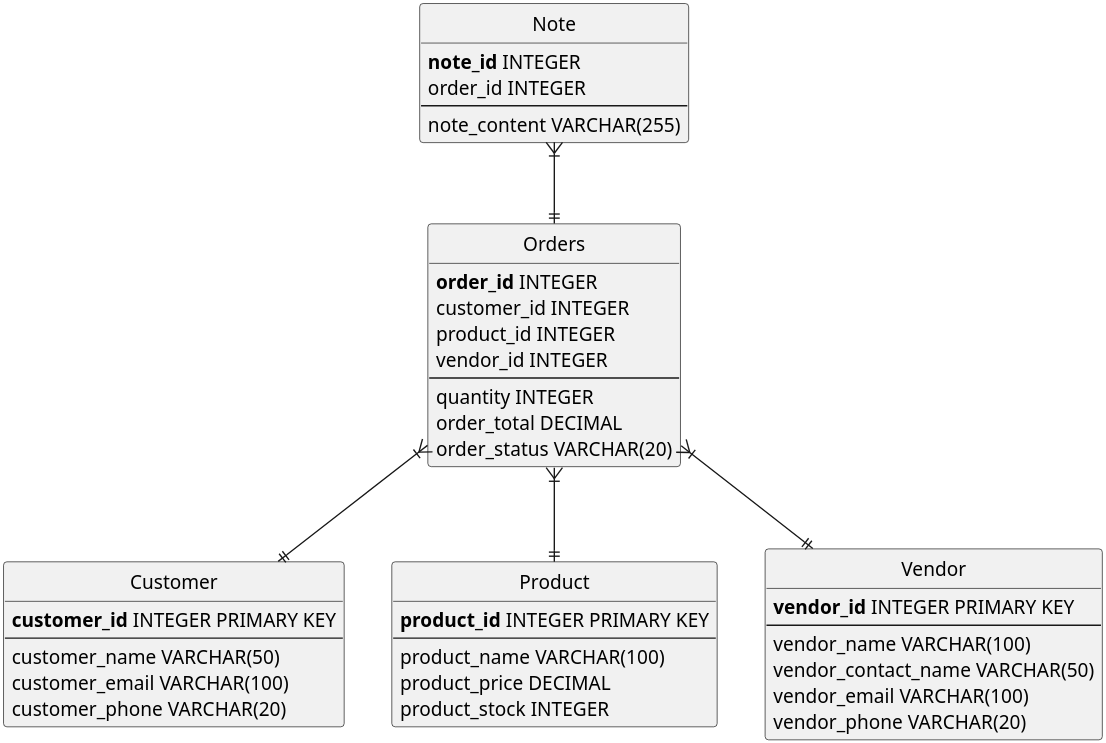
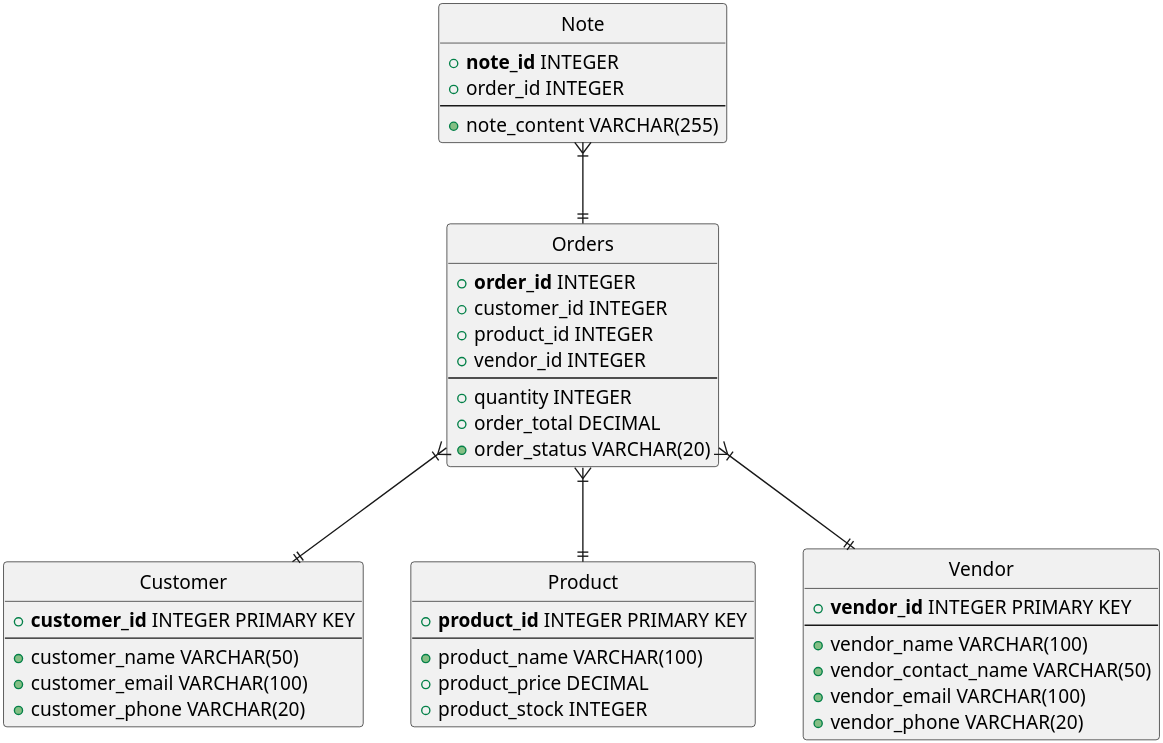
One commit to Alomory/educational changed the diagram in c3123/project/3nf.pu. Above: the diagram before and after it, drawn with PlantUML. The commit also changed 5 other files, not shown here.

```diff
--- a/c3123/project/3nf.pu
+++ b/c3123/project/3nf.pu
@@ -1,55 +1,55 @@
 @startuml
 
 scale 5
 
 hide circle
 
 entity Orders {
-**order_id** INTEGER
-customer_id INTEGER
-product_id INTEGER
-vendor_id INTEGER
----
-quantity INTEGER
-order_total DECIMAL
-order_status VARCHAR(20)
+    +**order_id** INTEGER
+    +customer_id INTEGER
+    +product_id INTEGER
+    +vendor_id INTEGER
+    ---
+    +quantity INTEGER
+    +order_total DECIMAL
+    +order_status VARCHAR(20)
 }
 
 entity Note {
-**note_id** INTEGER
-order_id INTEGER
----
-note_content VARCHAR(255)
+    +**note_id** INTEGER
+    +order_id INTEGER
+    ---
+    +note_content VARCHAR(255)
 }
 
 entity Customer {
-    **customer_id** INTEGER PRIMARY KEY
+    +**customer_id** INTEGER PRIMARY KEY
     ---
-    customer_name VARCHAR(50)
-    customer_email VARCHAR(100)
-    customer_phone VARCHAR(20)
+    +customer_name VARCHAR(50)
+    +customer_email VARCHAR(100)
+    +customer_phone VARCHAR(20)
 }
 
 entity Product {
-    **product_id** INTEGER PRIMARY KEY
+    +**product_id** INTEGER PRIMARY KEY
     ---
-    product_name VARCHAR(100)
-    product_price DECIMAL
-    product_stock INTEGER
+    +product_name VARCHAR(100)
+    +product_price DECIMAL
+    +product_stock INTEGER
 }
 
 entity Vendor {
-    **vendor_id** INTEGER PRIMARY KEY
+    +**vendor_id** INTEGER PRIMARY KEY
     ---
-    vendor_name VARCHAR(100)
-    vendor_contact_name VARCHAR(50)
-    vendor_email VARCHAR(100)
-    vendor_phone VARCHAR(20)
+    +vendor_name VARCHAR(100)
+    +vendor_contact_name VARCHAR(50)
+    +vendor_email VARCHAR(100)
+    +vendor_phone VARCHAR(20)
 }
 
 Orders }|--|| Customer
 Orders }|--|| Product
 Orders }|--|| Vendor
 Note }|--|| Orders
 
 @enduml
```
